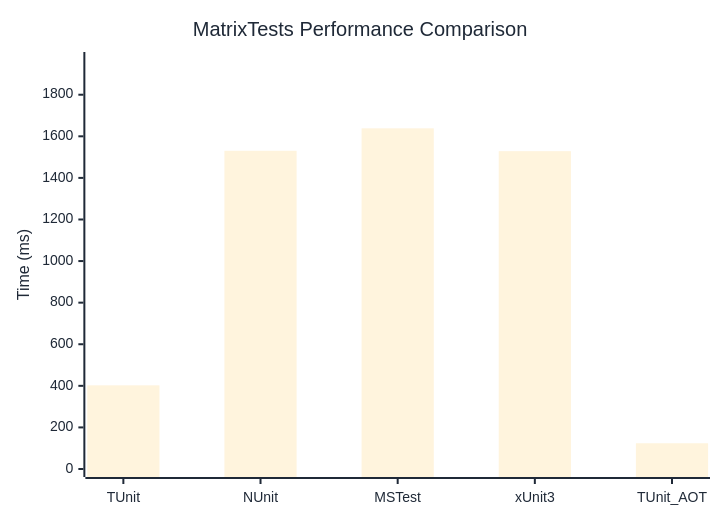
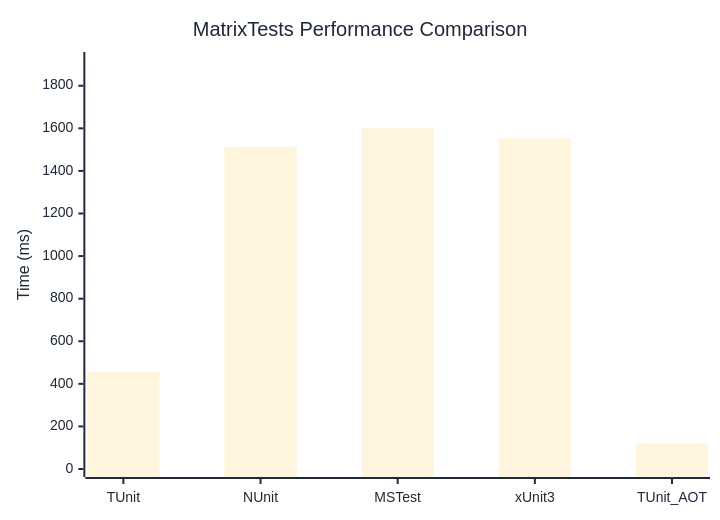
One commit to thomhurst/TUnit changed the diagram in docs/docs/benchmarks/engine/MatrixTests.md. Above: the diagram before and after it, drawn with Mermaid. The commit also changed other lines of this file and 18 other files, not shown here.

````diff
--- a/docs/docs/benchmarks/engine/MatrixTests.md
+++ b/docs/docs/benchmarks/engine/MatrixTests.md
@@ -29,37 +29,37 @@
 ```mermaid
 %%{init: {
   'theme':'base',
   'themeVariables': {
     'primaryColor': '#2563eb',
     'primaryTextColor': '#1f2937',
     'primaryBorderColor': '#1e40af',
     'lineColor': '#6b7280',
     'secondaryColor': '#7c3aed',
     'tertiaryColor': '#dc2626',
     'background': '#ffffff',
     'mainBkg': '#2563eb',
     'secondBkg': '#7c3aed',
     'tertiaryBkg': '#dc2626',
     'clusterBkg': '#f3f4f6',
     'edgeLabelBackground': '#ffffff',
     'tertiaryTextColor': '#1f2937',
     'pie1': '#2563eb',
     'pie2': '#7c3aed',
     'pie3': '#dc2626',
     'pie4': '#f59e0b',
     'pie5': '#10b981',
     'pie6': '#06b6d4',
     'pie7': '#ec4899',
     'pie8': '#6366f1',
     'pie9': '#84cc16',
     'pie10': '#f97316',
     'pie11': '#14b8a6',
     'pie12': '#a855f7'
   }
 }}%%
 xychart-beta
   title "MatrixTests Performance Comparison"
   x-axis ["TUnit", "NUnit", "MSTest", "xUnit3", "TUnit_AOT"]
-  y-axis "Time (ms)" 0 --> 1967
-  bar [402.4, 1530.4, 1638.4, 1528.6, 123.8]
+  y-axis "Time (ms)" 0 --> 1921
+  bar [455.6, 1513.5, 1600.8, 1552.3, 120.3]
 ```
````
